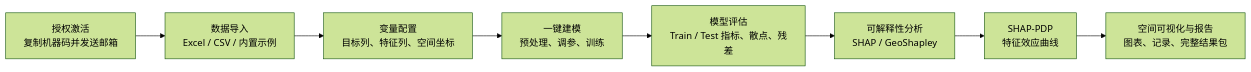
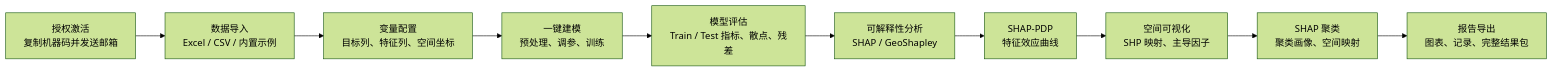
Before and after one commit to Albert-007MAX/ML-Modeling-Platform: the diagram in README.md, drawn with Mermaid (forest theme). The commit also changed 2 other files, not shown here.

Commit message:
Polish release docs for v26.0529.15

````diff
--- a/README.md
+++ b/README.md
@@ -70,10 +70,12 @@
 ```mermaid
 flowchart LR
     A["授权激活<br/>复制机器码并发送邮箱"] --> B["数据导入<br/>Excel / CSV / 内置示例"]
     B --> C["变量配置<br/>目标列、特征列、空间坐标"]
     C --> D["一键建模<br/>预处理、调参、训练"]
     D --> E["模型评估<br/>Train / Test 指标、散点、残差"]
     E --> F["可解释性分析<br/>SHAP / GeoShapley"]
     F --> G["SHAP-PDP<br/>特征效应曲线"]
-    G --> H["空间可视化与报告<br/>图表、记录、完整结果包"]
+    G --> H["空间可视化<br/>SHP 映射、主导因子"]
+    H --> I["SHAP 聚类<br/>聚类画像、空间映射"]
+    I --> J["报告导出<br/>图表、记录、完整结果包"]
 ```
````
